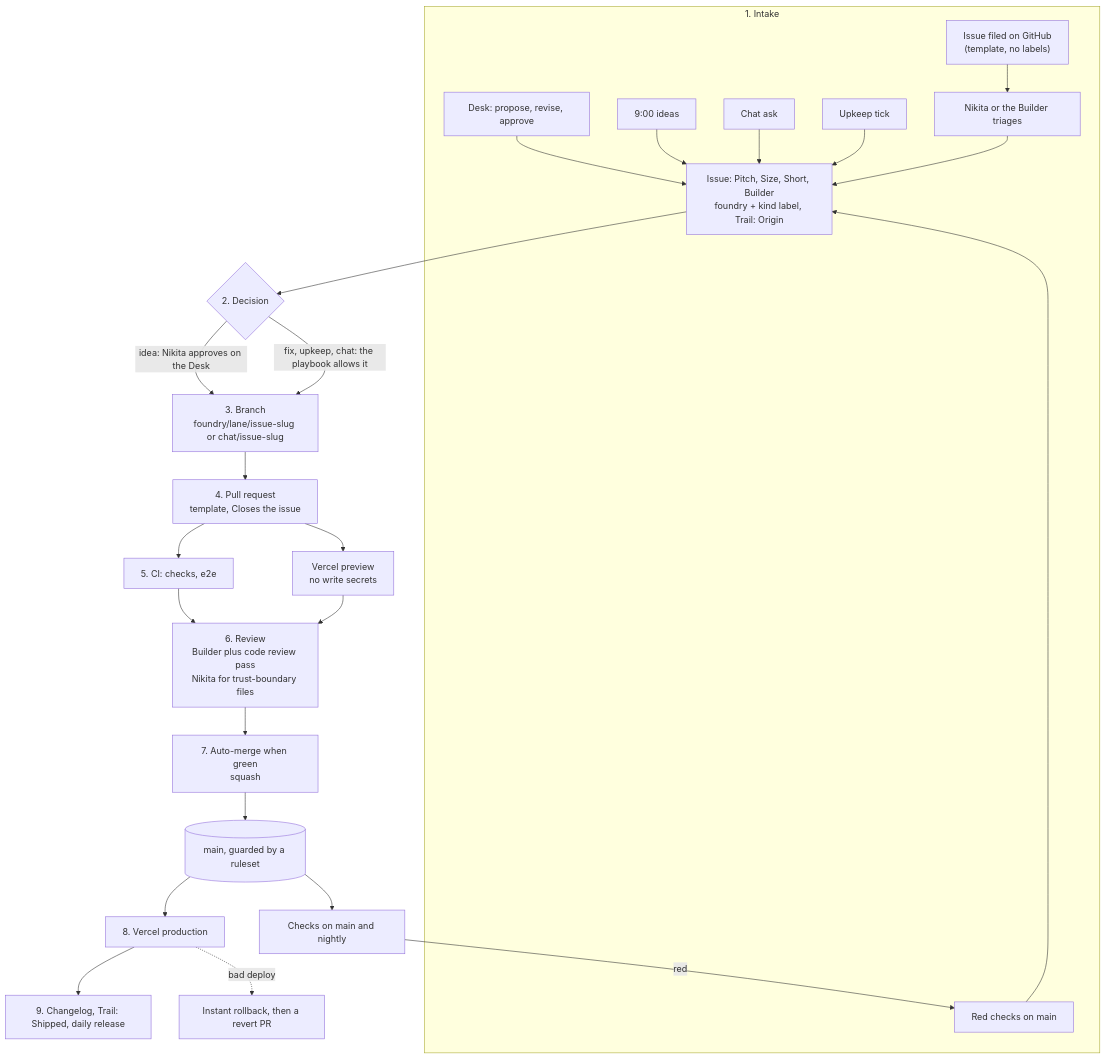
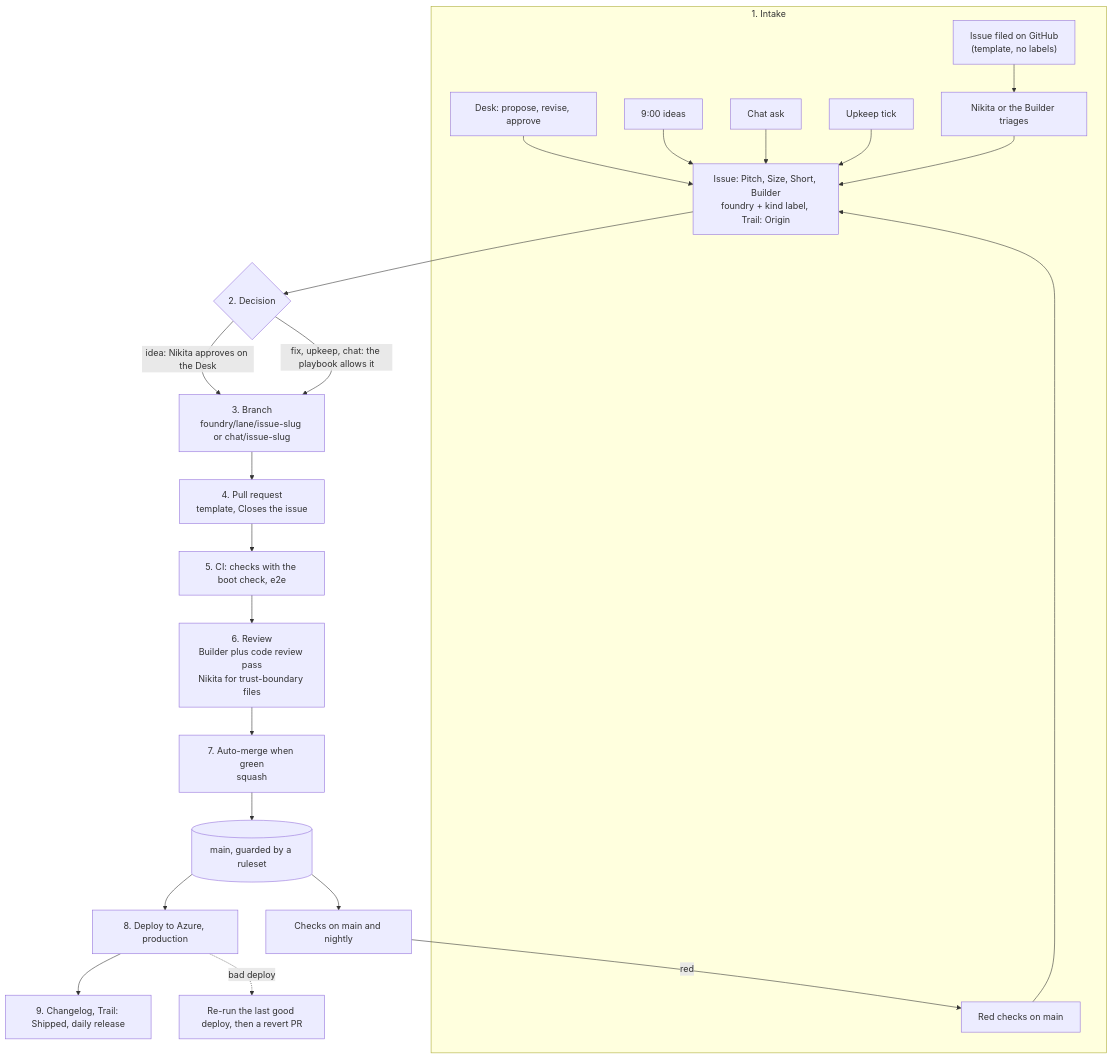
Before and after one commit to nikitapage10/C.E.O.: the diagram in docs/DELIVERY.md, drawn with Mermaid. The commit also changed other lines of this file and 38 other files, not shown here.

First line of the commit message:
Retire Vercel: Azure is the only home (#313)

````diff
--- a/docs/DELIVERY.md
+++ b/docs/DELIVERY.md
@@ -50,34 +50,32 @@
 ```mermaid
 flowchart TD
   subgraph intake["1. Intake"]
     desk["Desk: propose, revise, approve"]
     morning["9:00 ideas"]
     chat["Chat ask"]
     red["Red checks on main"]
     upkeep["Upkeep tick"]
     human["Issue filed on GitHub<br/>(template, no labels)"]
     triage["Nikita or the Builder triages"]
     issue["Issue: Pitch, Size, Short, Builder<br/>foundry + kind label, Trail: Origin"]
     desk --> issue
     morning --> issue
     chat --> issue
     red --> issue
     upkeep --> issue
     human --> triage --> issue
   end
   issue --> decide{"2. Decision"}
   decide -- "idea: Nikita approves on the Desk" --> branch
   decide -- "fix, upkeep, chat: the playbook allows it" --> branch
   branch["3. Branch<br/>foundry/lane/issue-slug or chat/issue-slug"] --> pr["4. Pull request<br/>template, Closes the issue"]
-  pr --> ci["5. CI: checks, e2e"]
-  pr --> preview["Vercel preview<br/>no write secrets"]
+  pr --> ci["5. CI: checks with the boot check, e2e"]
   ci --> review["6. Review<br/>Builder plus code review pass<br/>Nikita for trust-boundary files"]
-  preview --> review
   review --> merge["7. Auto-merge when green<br/>squash"]
   merge --> main[("main, guarded by a ruleset")]
-  main --> prod["8. Vercel production"]
+  main --> prod["8. Deploy to Azure, production"]
   main --> post["Checks on main and nightly"]
   post -- "red" --> red
   prod --> notes["9. Changelog, Trail: Shipped, daily release"]
-  prod -. "bad deploy" .-> rollback["Instant rollback, then a revert PR"]
+  prod -. "bad deploy" .-> rollback["Re-run the last good deploy, then a revert PR"]
 ```
````
